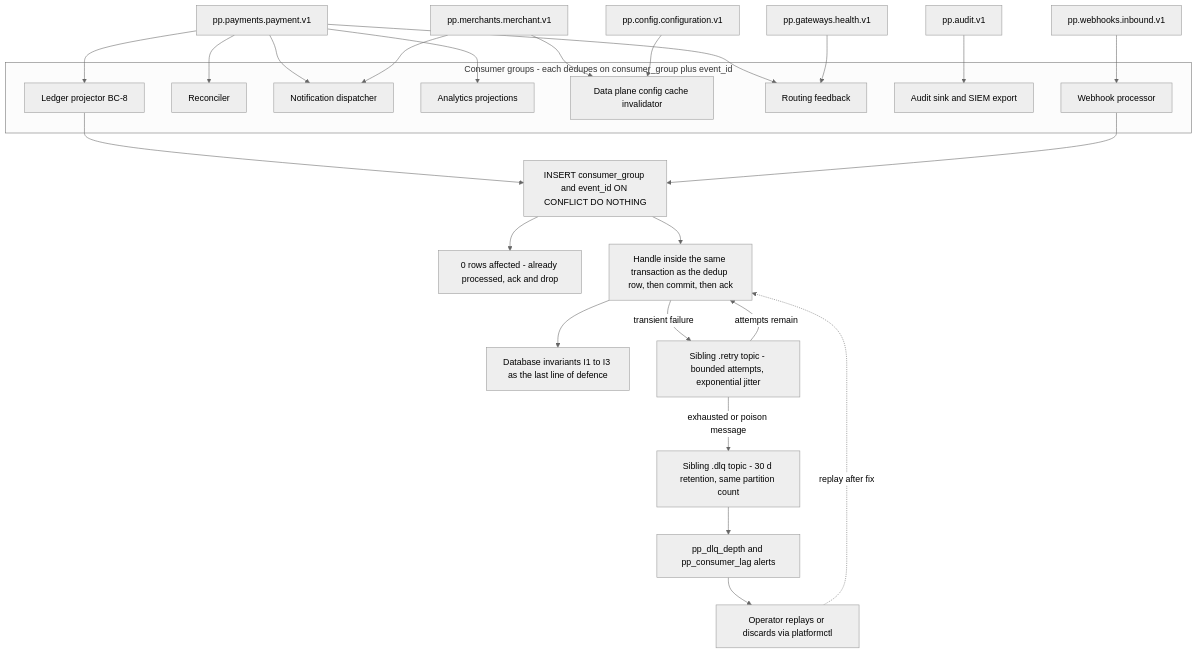
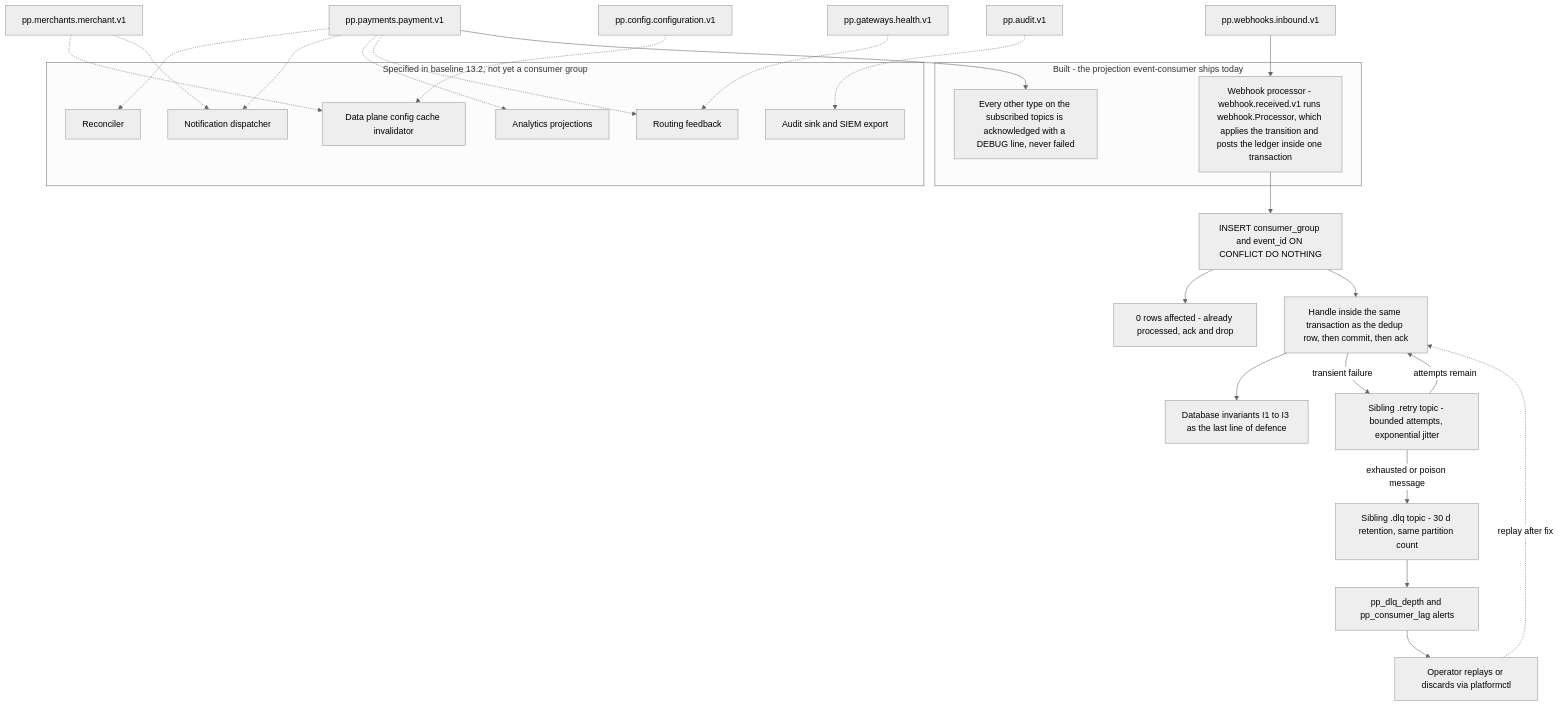
Before and after one commit to udaykishore-resu/payments-platform: the second of 2 diagrams in docs/diagrams/12-event-architecture.md, drawn with Mermaid (neutral theme). The commit also changed other lines of this file and 67 other files, not shown here.

````diff
--- a/docs/diagrams/12-event-architecture.md
+++ b/docs/diagrams/12-event-architecture.md
@@ -51,52 +54,54 @@
 ```mermaid
 flowchart TB
   T3["pp.payments.payment.v1"]
   T1["pp.merchants.merchant.v1"]
   T2["pp.config.configuration.v1"]
   T4["pp.gateways.health.v1"]
   T5["pp.webhooks.inbound.v1"]
   T6["pp.audit.v1"]
 
-  subgraph CG["Consumer groups - each dedupes on consumer_group plus event_id"]
-    CLED["Ledger projector BC-8"]
+  subgraph CGB["Built - the projection event-consumer ships today"]
+    CWHK["Webhook processor - webhook.received.v1 runs webhook.Processor, which applies the transition and posts the ledger inside one transaction"]
+    CACK["Every other type on the subscribed topics is acknowledged with a DEBUG line, never failed"]
+  end
+
+  subgraph CGS["Specified in baseline 13.2, not yet a consumer group"]
     CREC["Reconciler"]
     CNOT["Notification dispatcher"]
     CANA["Analytics projections"]
     CCAC["Data plane config cache invalidator"]
     CRTE["Routing feedback"]
     CAUD["Audit sink and SIEM export"]
-    CWHK["Webhook processor"]
   end
 
   DEDUP["INSERT consumer_group and event_id ON CONFLICT DO NOTHING"]
   ZERO["0 rows affected - already processed, ack and drop"]
   HANDLE["Handle inside the same transaction as the dedup row, then commit, then ack"]
   INV["Database invariants I1 to I3 as the last line of defence"]
 
   RETRY["Sibling .retry topic - bounded attempts, exponential jitter"]
   DLQ["Sibling .dlq topic - 30 d retention, same partition count"]
   ALERT["pp_dlq_depth and pp_consumer_lag alerts"]
   OPSR["Operator replays or discards via platformctl"]
 
-  T3 --> CLED
-  T3 --> CREC
-  T3 --> CNOT
-  T3 --> CANA
-  T3 --> CRTE
-  T1 --> CCAC
-  T1 --> CNOT
-  T2 --> CCAC
-  T4 --> CRTE
   T5 --> CWHK
-  T6 --> CAUD
+  T3 -.-> CREC
+  T3 -.-> CNOT
+  T3 -.-> CANA
+  T3 -.-> CRTE
+  T1 -.-> CCAC
+  T1 -.-> CNOT
+  T2 -.-> CCAC
+  T4 -.-> CRTE
+  T6 -.-> CAUD
+  T3 --> CACK
 
-  CLED --> DEDUP
   CWHK --> DEDUP
   DEDUP --> ZERO
   DEDUP --> HANDLE --> INV
   HANDLE -->|"transient failure"| RETRY
   RETRY -->|"attempts remain"| HANDLE
   RETRY -->|"exhausted or poison message"| DLQ
   DLQ --> ALERT --> OPSR
   OPSR -.->|"replay after fix"| HANDLE
 ```
````
